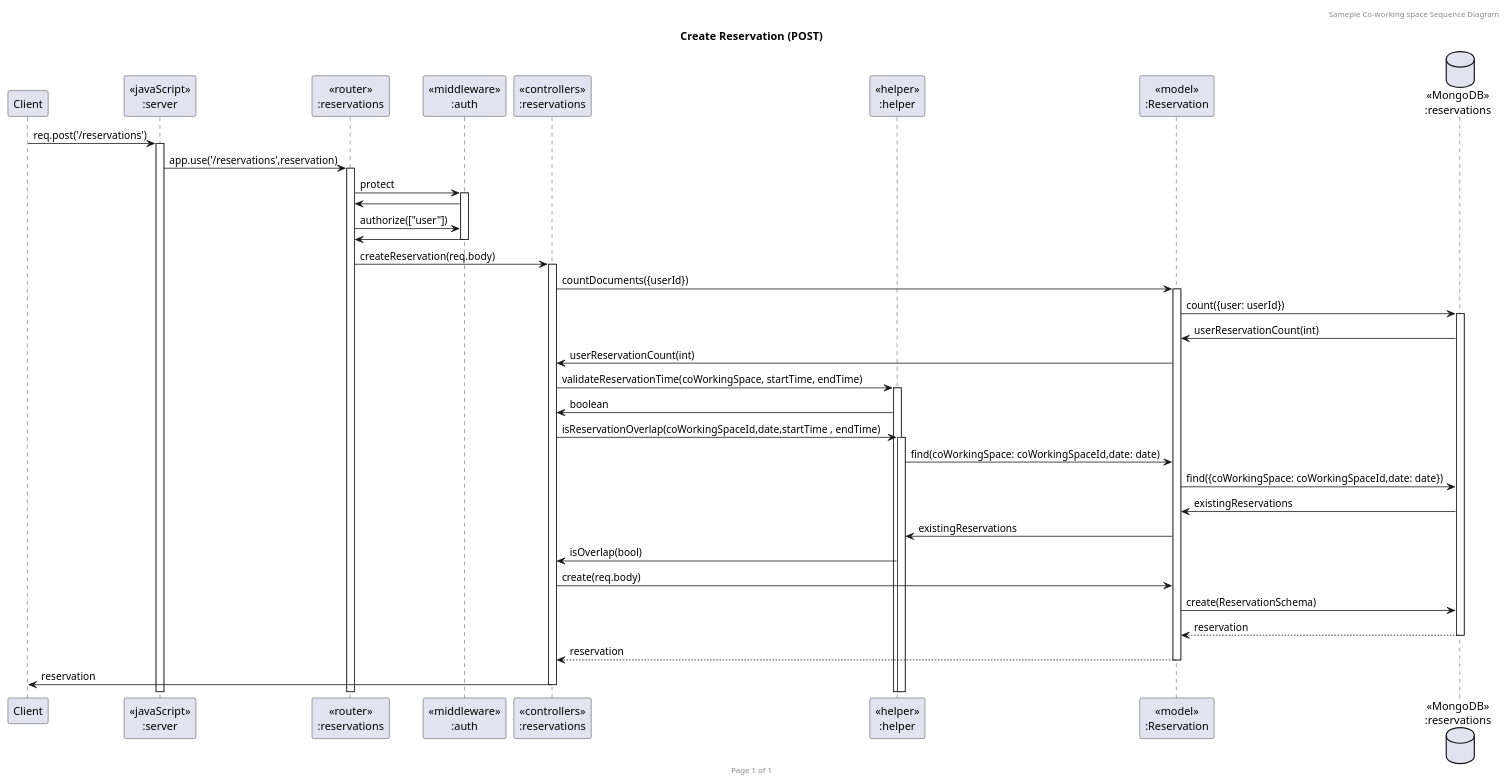
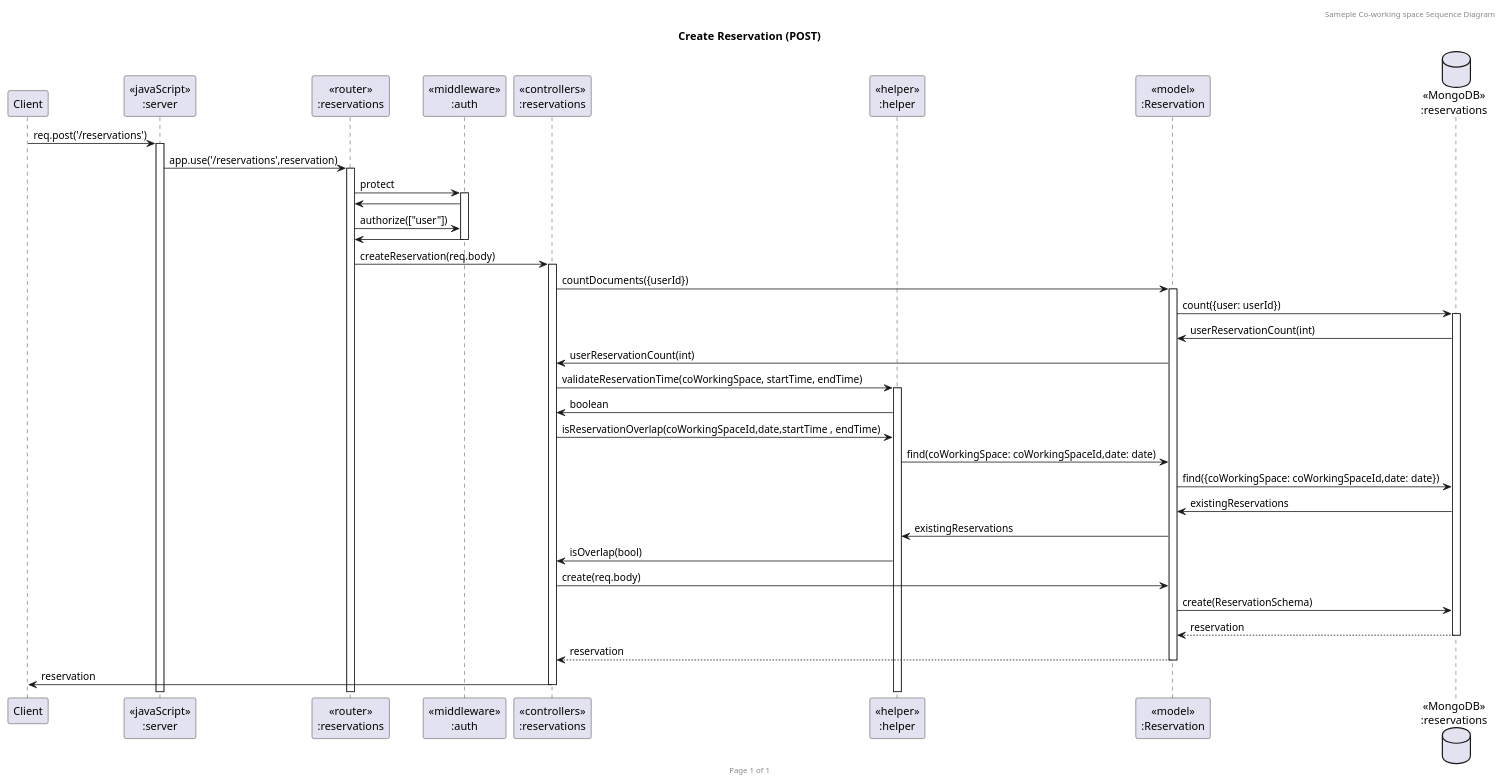
One commit to GavinITP/co-working-space-reservation changed the diagram in uml/coWorking_reservation_post.puml. Above: the diagram before and after it, drawn with PlantUML. The commit also changed 3 other files, not shown here.

```diff
--- a/uml/coWorking_reservation_post.puml
+++ b/uml/coWorking_reservation_post.puml
@@ -1,43 +1,43 @@
 @startuml Create Reservation (POST)
 
 header Sameple Co-working space Sequence Diagram
 footer Page %page% of %lastpage%
 title "Create Reservation (POST)"
 
 participant "Client" as client
 participant "<<javaScript>>\n:server" as server
 participant "<<router>>\n:reservations" as routerReservation
 participant "<<middleware>>\n:auth" as middleware
 participant "<<controllers>>\n:reservations" as controllersReservation
 participant "<<helper>>\n:helper" as helper
 participant "<<model>>\n:Reservation" as modelReservation
 database "<<MongoDB>>\n:reservations" as ReservationDatabase
 
 client->server ++:req.post('/reservations')
 server->routerReservation ++:app.use('/reservations',reservation)
 routerReservation -> middleware ++: protect
 middleware -> routerReservation : 
 routerReservation -> middleware : authorize(["user"])
 middleware -> routerReservation --: 
 routerReservation -> controllersReservation ++:createReservation(req.body)
 controllersReservation -> modelReservation ++: countDocuments({userId})
 modelReservation -> ReservationDatabase ++: count({user: userId})
 ReservationDatabase -> modelReservation : userReservationCount(int)
 modelReservation -> controllersReservation : userReservationCount(int)
 controllersReservation -> helper ++: validateReservationTime(coWorkingSpace, startTime, endTime)
 helper -> controllersReservation : boolean
-controllersReservation -> helper ++: isReservationOverlap(coWorkingSpaceId,date,startTime , endTime)
+controllersReservation -> helper : isReservationOverlap(coWorkingSpaceId,date,startTime , endTime)
 helper -> modelReservation : find(coWorkingSpace: coWorkingSpaceId,date: date)
 modelReservation -> ReservationDatabase: find({coWorkingSpace: coWorkingSpaceId,date: date})
 ReservationDatabase -> modelReservation: existingReservations
 modelReservation -> helper : existingReservations
 helper -> controllersReservation : isOverlap(bool)
 
 ' modelReservation -> controllersReservation : response
 controllersReservation->modelReservation :create(req.body)
 modelReservation ->ReservationDatabase : create(ReservationSchema)
 ReservationDatabase --> modelReservation --: reservation 
 controllersReservation <-- modelReservation --: reservation 
 controllersReservation->client --:reservation 
 
 @enduml
```
